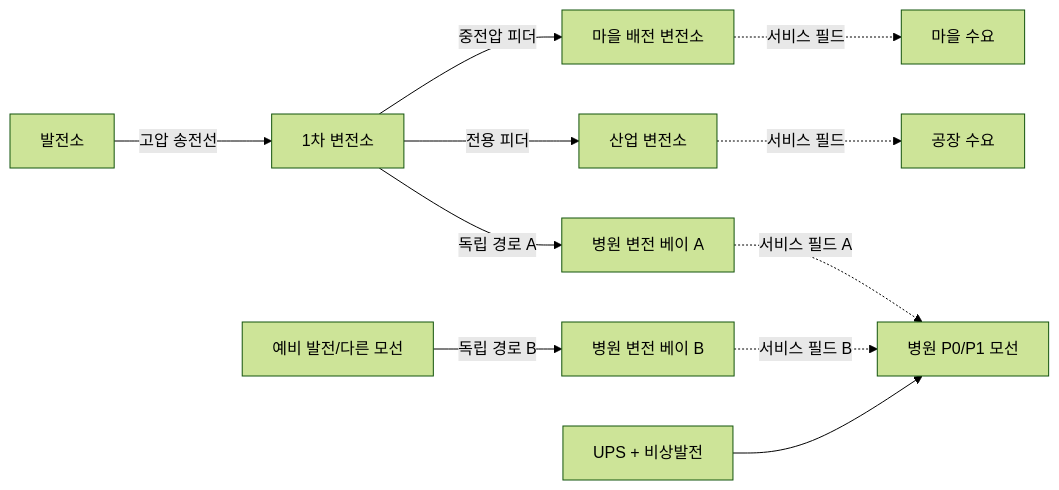
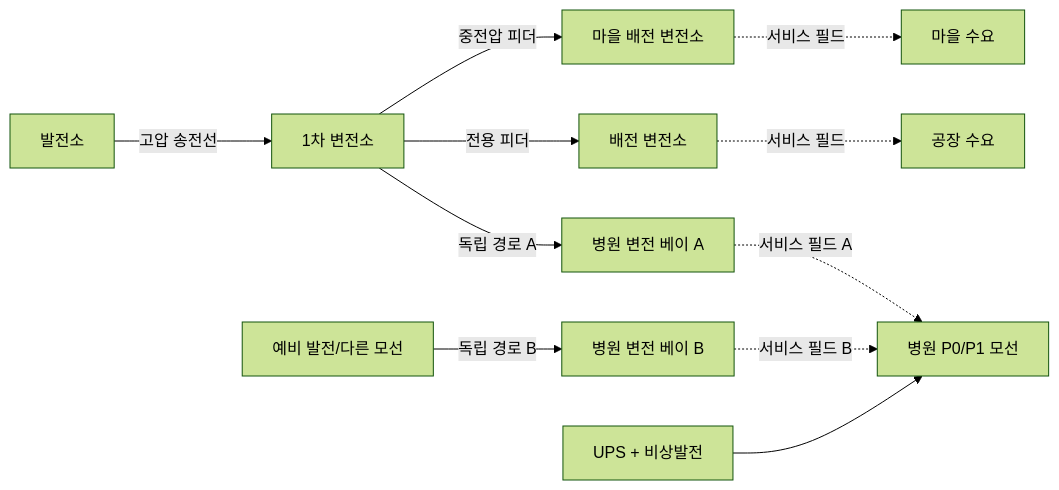
Before and after one commit to isingmodel/gridworks: the diagram in GAME_DESIGN_KO.md, drawn with Mermaid (forest theme). The commit also changed other lines of this file and 6 other files, not shown here.

````diff
--- a/GAME_DESIGN_KO.md
+++ b/GAME_DESIGN_KO.md
@@ -283,13 +287,13 @@
 ```mermaid
 flowchart LR
   A[발전소] -->|고압 송전선| B[1차 변전소]
   B -->|중전압 피더| C[마을 배전 변전소]
-  B -->|전용 피더| D[산업 변전소]
+  B -->|전용 피더| D[배전 변전소]
   B -->|독립 경로 A| E1[병원 변전 베이 A]
   F[예비 발전/다른 모선] -->|독립 경로 B| E2[병원 변전 베이 B]
   C -.서비스 필드.-> G[마을 수요]
   D -.서비스 필드.-> H[공장 수요]
   E1 -.서비스 필드 A.-> I[병원 P0/P1 모선]
   E2 -.서비스 필드 B.-> I
   J[UPS + 비상발전] --> I
 ```
````
